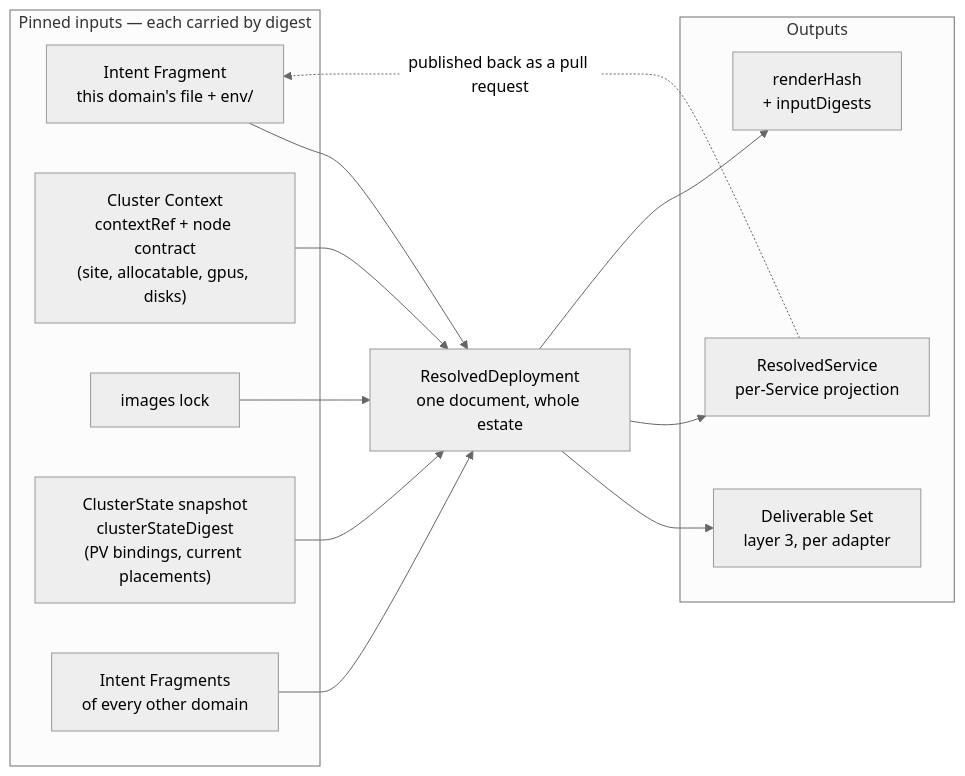
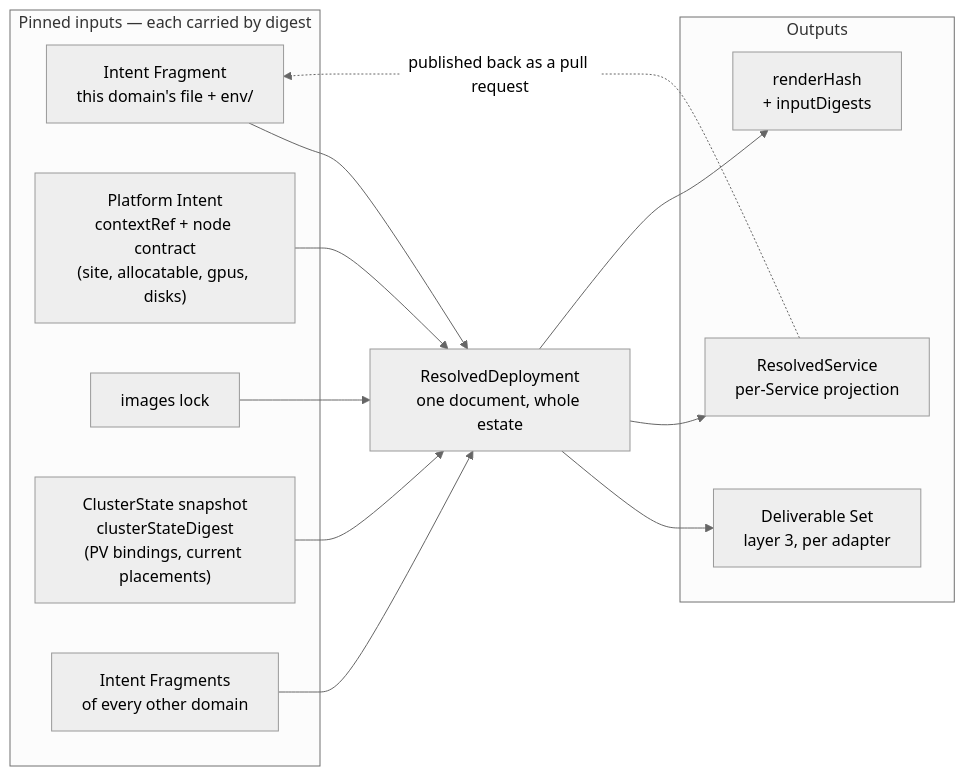
The first of 2 diagrams in spec/v1/20-resolved-deployment.md (JorisJonkers-dev/deploy-kit), drawn with Mermaid (neutral theme) before and after one commit. The commit also changed other lines of this file and 270 other files, not shown here.

First line of the commit message:
feat: Platform Intent, the twenty-six render gaps, and gates for all of it (#12)

````diff
--- a/spec/v1/20-resolved-deployment.md
+++ b/spec/v1/20-resolved-deployment.md
@@ -51,28 +959,28 @@
 ```mermaid
 flowchart LR
     subgraph IN["Pinned inputs — each carried by digest"]
         i1["Intent Fragment<br/>this domain's file + env/"]
-        i2["Cluster Context<br/>contextRef + node contract<br/>(site, allocatable, gpus, disks)"]
+        i2["Platform Intent<br/>contextRef + node contract<br/>(site, allocatable, gpus, disks)"]
         i3["images lock"]
         i4["ClusterState snapshot<br/>clusterStateDigest<br/>(PV bindings, current placements)"]
         i5["Intent Fragments<br/>of every other domain"]
     end
 
     RD["ResolvedDeployment<br/>one document, whole estate"]
 
     subgraph OUT["Outputs"]
         o1["Deliverable Set<br/>layer 3, per adapter"]
         o2["ResolvedService<br/>per-Service projection"]
         o3["renderHash<br/>+ inputDigests"]
     end
 
     i1 --> RD
     i2 --> RD
     i3 --> RD
     i4 --> RD
     i5 --> RD
     RD --> o1
     RD --> o2
     RD --> o3
     o2 -.->|"published back as a pull request"| i1
 ```
````
